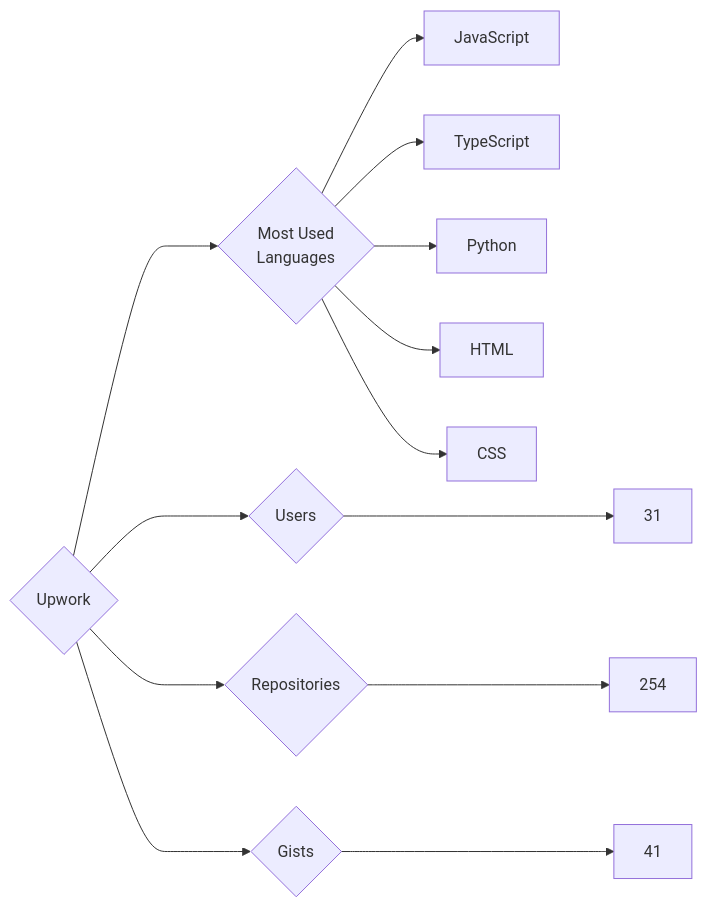
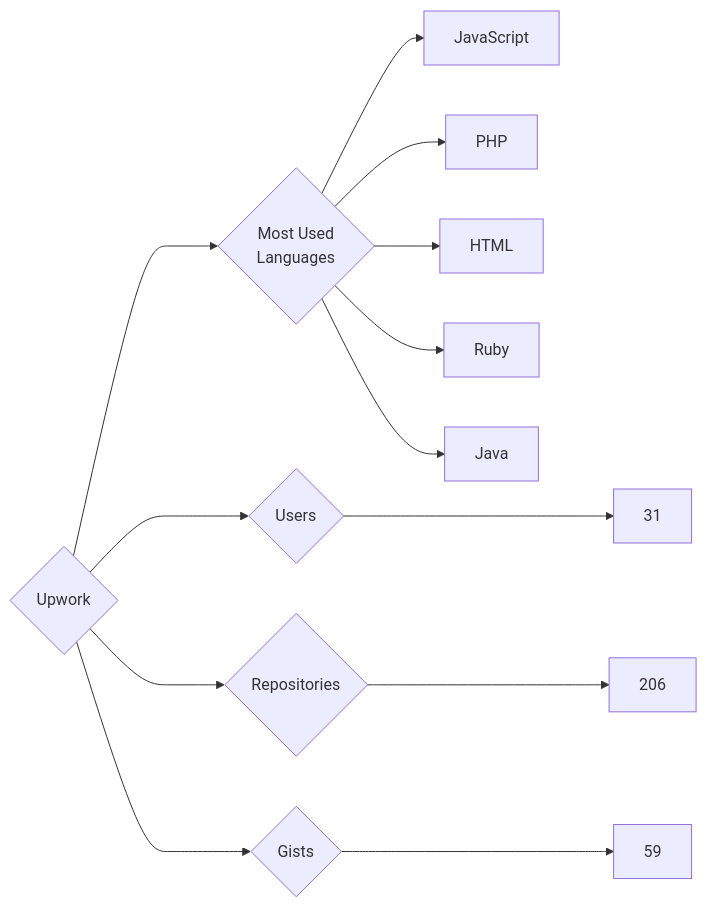
The diagram in targets/Upwork/README.md (trickest/insiders), drawn with Mermaid before and after one commit. The commit also changed 1011 other files, not shown here.

````diff
--- a/targets/Upwork/README.md
+++ b/targets/Upwork/README.md
@@ -3,13 +3,13 @@
 ```mermaid
 graph LR
 COMPANY_NAME{Upwork}
 COMPANY_NAME ---> U{Users} ---> UN[31]
-COMPANY_NAME ---> R{Repositories} ---> RN[254]
-COMPANY_NAME ---> G{Gists} ---> GN[41]
+COMPANY_NAME ---> R{Repositories} ---> RN[206]
+COMPANY_NAME ---> G{Gists} ---> GN[59]
 COMPANY_NAME ---> ML{Most Used<br>Languages}
 ML --> JavaScript[JavaScript]
-ML --> TypeScript[TypeScript]
-ML --> Python[Python]
+ML --> PHP[PHP]
 ML --> HTML[HTML]
-ML --> CSS[CSS]
+ML --> Ruby[Ruby]
+ML --> Java[Java]
 ```
````
